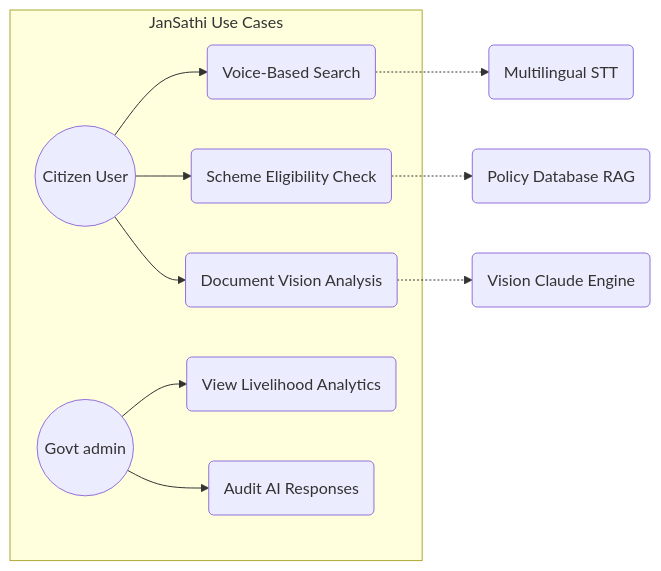
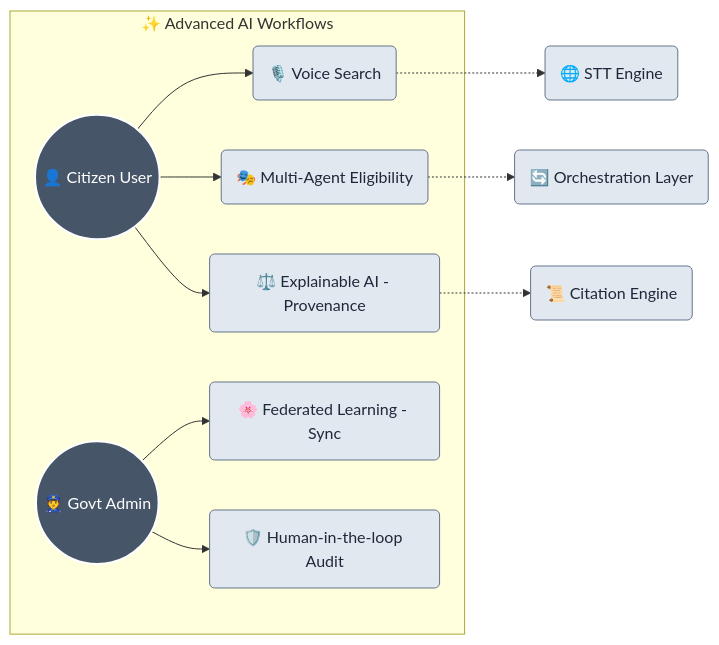
One commit to shalcoder/JanSathi changed the second of 6 diagrams in README.md. Above: the diagram before and after it, drawn with Mermaid. The commit also changed other lines of this file and 7 other files, not shown here.

Commit message:
feat(ai): Implement Advanced AI Features, Federated Learning, and Multi-Agent Orchestration

````diff
--- a/README.md
+++ b/README.md
@@ -57,17 +73,21 @@
 ```mermaid
 graph LR
-    Citizen((Citizen User))
-    Admin((Govt admin))
+    %% Styling
+    classDef actor fill:#475569,stroke:#fff,stroke-width:2px,color:#fff
+    classDef usecase fill:#e2e8f0,stroke:#64748b,stroke-width:1px,color:#1e293b
 
-    subgraph "JanSathi Use Cases"
-        Citizen --> UC1(Voice-Based Search)
-        Citizen --> UC2(Scheme Eligibility Check)
-        Citizen --> UC3(Document Vision Analysis)
-        Admin --> UC4(View Livelihood Analytics)
-        Admin --> UC5(Audit AI Responses)
+    Citizen((👤 Citizen User)):::actor
+    Admin((👮 Govt Admin)):::actor
+
+    subgraph "✨ Advanced AI Workflows"
+        Citizen --> UC1(🎙️ Voice Search):::usecase
+        Citizen --> UC2(🎭 Multi-Agent Eligibility):::usecase
+        Citizen --> UC3(⚖️ Explainable AI - Provenance):::usecase
+        Admin --> UC4(🌸 Federated Learning - Sync):::usecase
+        Admin --> UC5(🛡️ Human-in-the-loop Audit):::usecase
     end
 
-    UC1 -.-> UC6(Multilingual STT)
-    UC2 -.-> UC7(Policy Database RAG)
-    UC3 -.-> UC8(Vision Claude Engine)
+    UC1 -.-> UC6(🌐 STT Engine):::usecase
+    UC2 -.-> UC7(🔄 Orchestration Layer):::usecase
+    UC3 -.-> UC8(📜 Citation Engine):::usecase
 ```
````
